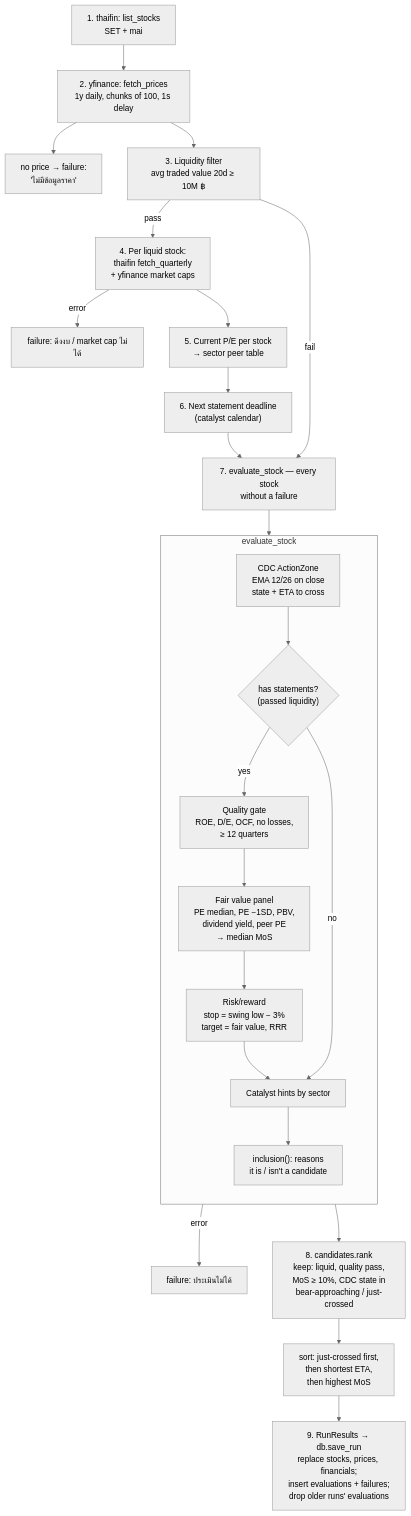
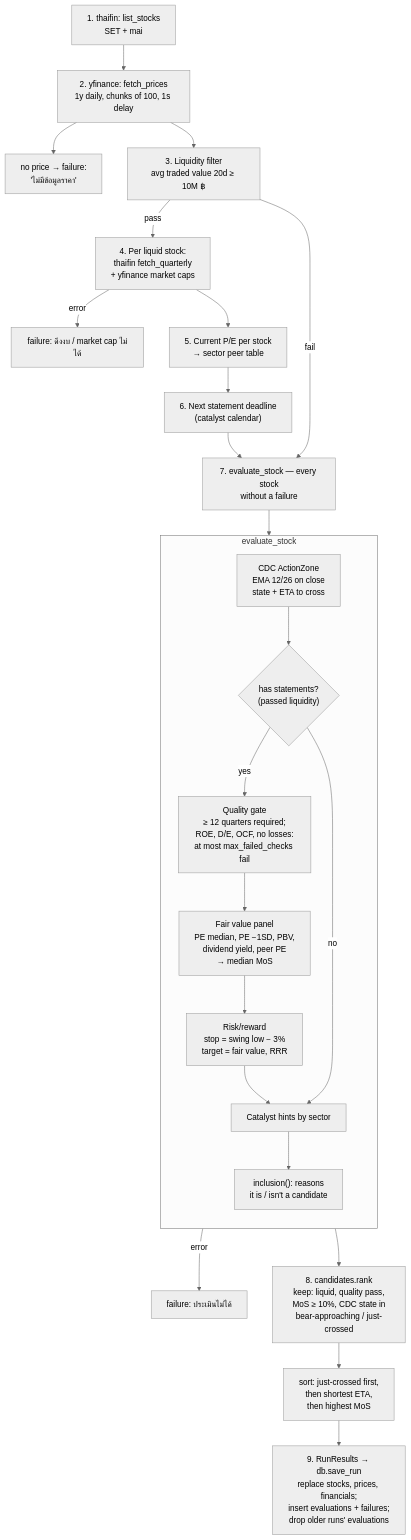
Before and after one commit to wichaisw/stock-thesis: the second of 3 diagrams in docs/batch-flow.md, drawn with Mermaid (neutral theme). The commit also changed 14 other files, not shown here.

Commit message:
feat: allow failed quality checks and show gate tally

````diff
--- a/docs/batch-flow.md
+++ b/docs/batch-flow.md
@@ -36,34 +36,34 @@
 ```mermaid
 flowchart TD
     A["1. thaifin: list_stocks<br/>SET + mai"] --> B["2. yfinance: fetch_prices<br/>1y daily, chunks of 100, 1s delay"]
     B --> B1["no price → failure:<br/>'ไม่มีข้อมูลราคา'"]
     B --> C["3. Liquidity filter<br/>avg traded value 20d ≥ 10M ฿"]
 
     C -->|pass| D["4. Per liquid stock:<br/>thaifin fetch_quarterly<br/>+ yfinance market caps"]
     C -->|fail| E
     D -->|error| D1["failure: ดึงงบ / market cap ไม่ได้"]
     D --> P["5. Current P/E per stock<br/>→ sector peer table"]
     P --> N["6. Next statement deadline<br/>(catalyst calendar)"]
     N --> E["7. evaluate_stock — every stock<br/>without a failure"]
 
     subgraph EV["evaluate_stock"]
         direction TB
         E1["CDC ActionZone<br/>EMA 12/26 on close<br/>state + ETA to cross"]
         E2{"has statements?<br/>(passed liquidity)"}
-        E3["Quality gate<br/>ROE, D/E, OCF, no losses,<br/>≥ 12 quarters"]
+        E3["Quality gate<br/>≥ 12 quarters required;<br/>ROE, D/E, OCF, no losses:<br/>at most max_failed_checks fail"]
         E4["Fair value panel<br/>PE median, PE −1SD, PBV,<br/>dividend yield, peer PE<br/>→ median MoS"]
         E5["Risk/reward<br/>stop = swing low − 3%<br/>target = fair value, RRR"]
         E6["Catalyst hints by sector"]
         E7["inclusion(): reasons<br/>it is / isn't a candidate"]
         E1 --> E2
         E2 -- yes --> E3 --> E4 --> E5 --> E6
         E2 -- no --> E6
         E6 --> E7
     end
 
     E --> EV
     EV -->|error| E8["failure: ประเมินไม่ได้"]
     EV --> R["8. candidates.rank<br/>keep: liquid, quality pass,<br/>MoS ≥ 10%, CDC state in<br/>bear-approaching / just-crossed"]
     R --> S["sort: just-crossed first,<br/>then shortest ETA,<br/>then highest MoS"]
     S --> O["9. RunResults → db.save_run<br/>replace stocks, prices, financials;<br/>insert evaluations + failures;<br/>drop older runs' evaluations"]
 ```
````
